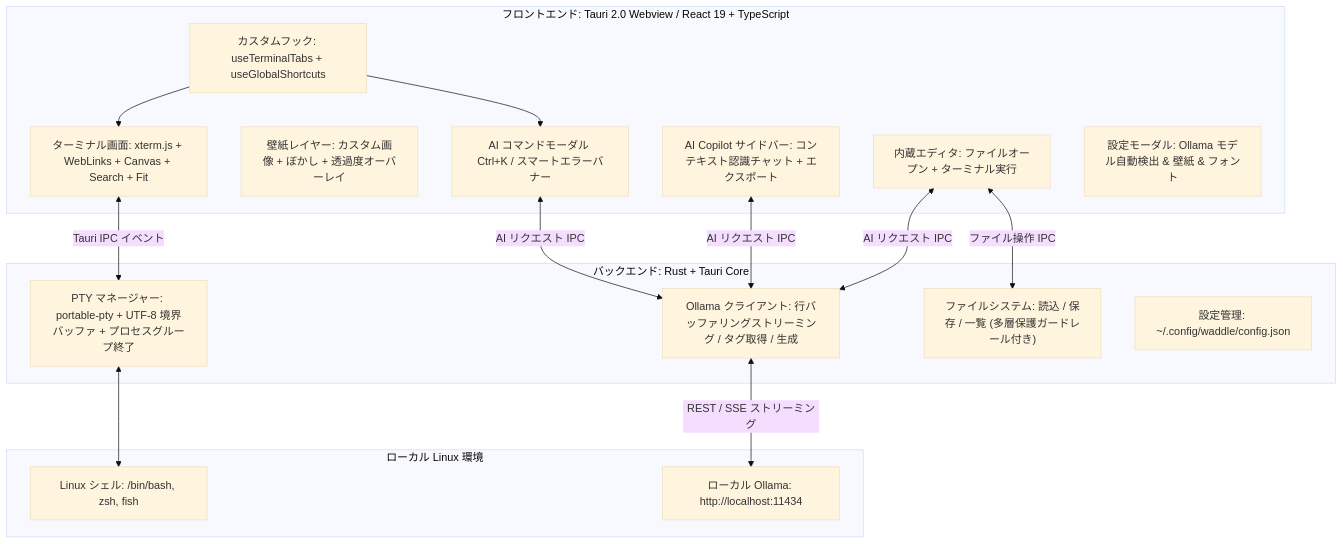
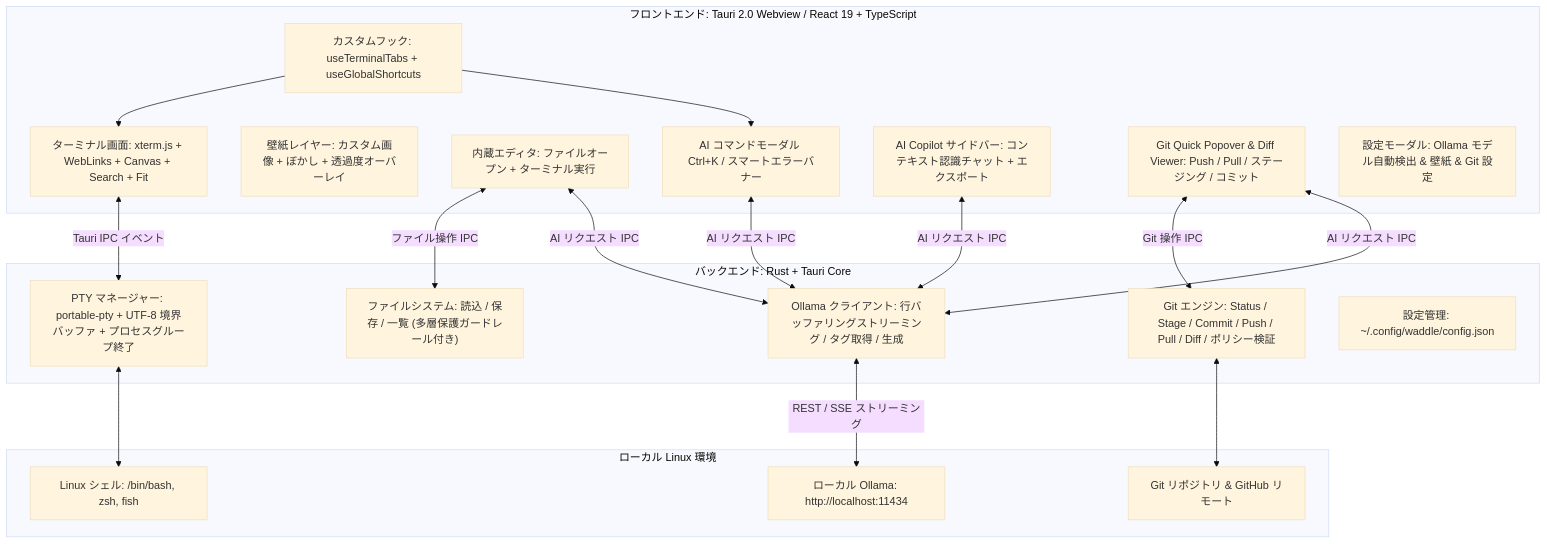
Before and after one commit to wammed/Waddle: the diagram in README.ja.md, drawn with Mermaid (base theme). The commit also changed other lines of this file and 2 other files, not shown here.

Commit message:
feat: add Git integration with local AI commit generation, diff viewer, and GitHub-only security policy

````diff
--- a/README.ja.md
+++ b/README.ja.md
@@ -197,32 +210,37 @@
 ```mermaid
 graph TD
     subgraph UI_Layer ["フロントエンド: Tauri 2.0 Webview / React 19 + TypeScript"]
         TermView["ターミナル画面: xterm.js + WebLinks + Canvas + Search + Fit"]
         WallLayer["壁紙レイヤー: カスタム画像 + ぼかし + 透過度オーバーレイ"]
         Editor["内蔵エディタ: ファイルオープン + ターミナル実行"]
         AIOverlay["AI コマンドモーダル Ctrl+K / スマートエラーバナー"]
         Copilot["AI Copilot サイドバー: コンテキスト認識チャット + エクスポート"]
-        Settings["設定モーダル: Ollama モデル自動検出 & 壁紙 & フォント"]
+        GitUI["Git Quick Popover & Diff Viewer: Push / Pull / ステージング / コミット"]
+        Settings["設定モーダル: Ollama モデル自動検出 & 壁紙 & Git 設定"]
         Hooks["カスタムフック: useTerminalTabs + useGlobalShortcuts"]
     end
 
     subgraph Rust_Backend ["バックエンド: Rust + Tauri Core"]
         PtyMgr["PTY マネージャー: portable-pty + UTF-8 境界バッファ + プロセスグループ終了"]
+        GitCore["Git エンジン: Status / Stage / Commit / Push / Pull / Diff / ポリシー検証"]
         AiCore["Ollama クライアント: 行バッファリングストリーミング / タグ取得 / 生成"]
         FileIO["ファイルシステム: 読込 / 保存 / 一覧 (多層保護ガードレール付き)"]
         ConfigMgr["設定管理: ~/.config/waddle/config.json"]
     end
 
     subgraph System_Layer ["ローカル Linux 環境"]
         Shell["Linux シェル: /bin/bash, zsh, fish"]
+        GitRepo["Git リポジトリ & GitHub リモート"]
         Ollama["ローカル Ollama: http://localhost:11434"]
     end
 
     TermView <-->|Tauri IPC イベント| PtyMgr
     PtyMgr <--> Shell
+    GitUI <-->|Git 操作 IPC| GitCore
+    GitCore <--> GitRepo
     Editor <-->|ファイル操作 IPC| FileIO
-    AIOverlay & Copilot & Editor <-->|AI リクエスト IPC| AiCore
+    AIOverlay & Copilot & Editor & GitUI <-->|AI リクエスト IPC| AiCore
     AiCore <-->|REST / SSE ストリーミング| Ollama
     Hooks --> TermView
     Hooks --> AIOverlay
 ```
````
